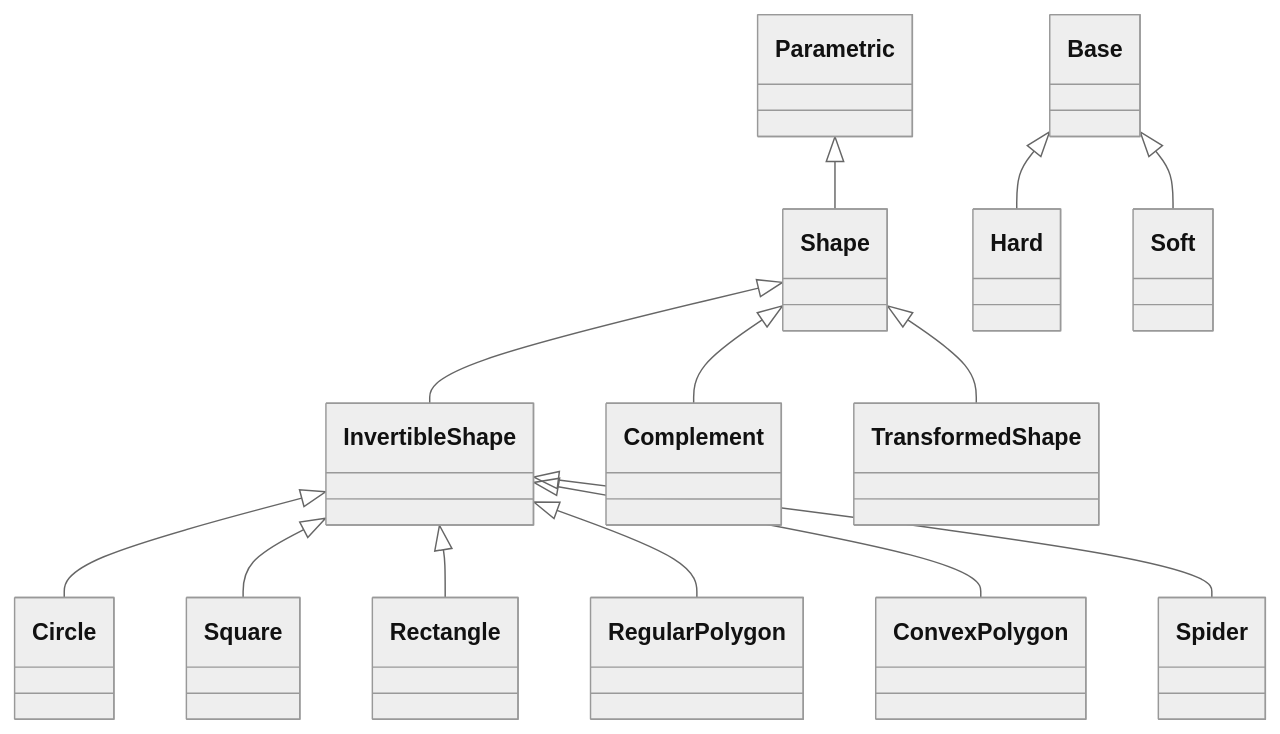
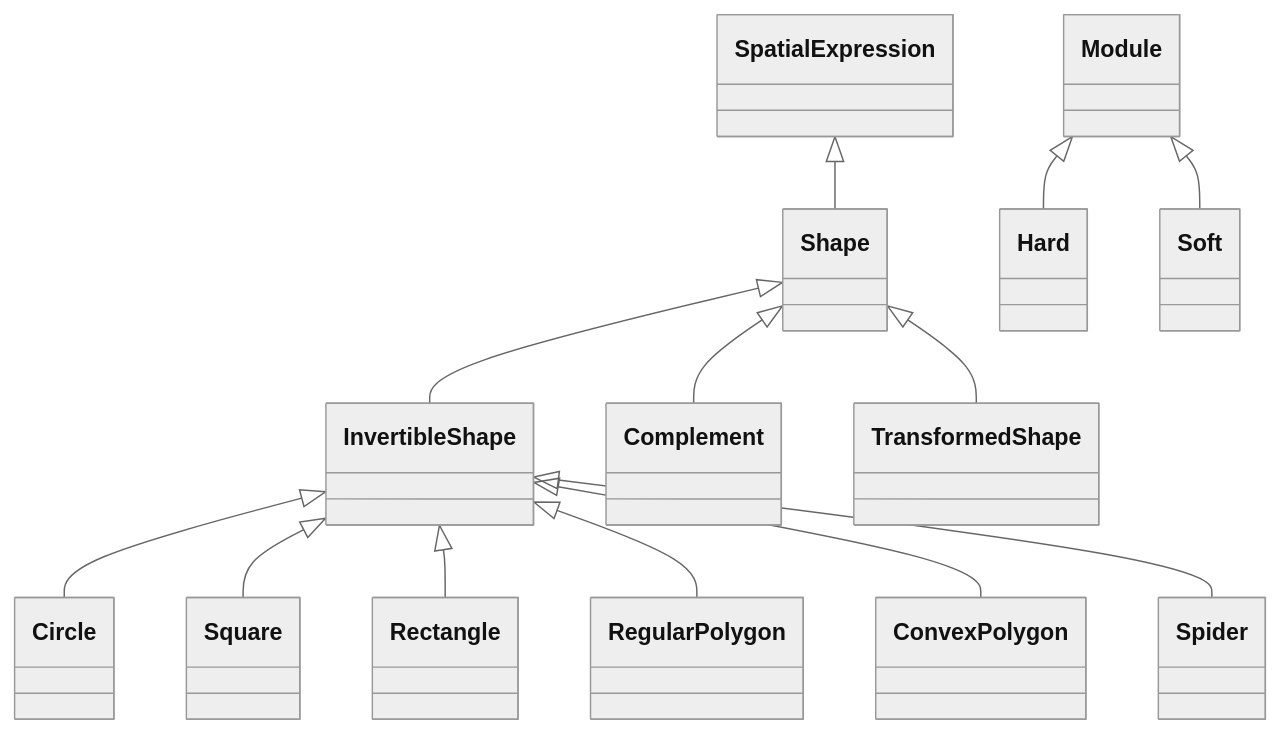
Before and after one commit to LouisDesdoigts/dLux: the diagram in docs/API/core/shapes.md, drawn with Mermaid (neutral theme). The commit also changed 46 other files, not shown here.

First line of the commit message:
Simplify parametric evaluation and spatial basis contracts

````diff
--- a/docs/API/core/shapes.md
+++ b/docs/API/core/shapes.md
@@ -7,41 +7,41 @@
 ```mermaid
 classDiagram
     class dLux_parametric_shapes_Shape["Shape"]
     class dLux_parametric_shapes_InvertibleShape["InvertibleShape"]
     class dLux_parametric_shapes_Hard["Hard"]
     class dLux_parametric_shapes_Soft["Soft"]
     class dLux_parametric_shapes_Circle["Circle"]
     class dLux_parametric_shapes_Square["Square"]
     class dLux_parametric_shapes_Rectangle["Rectangle"]
     class dLux_parametric_shapes_RegularPolygon["RegularPolygon"]
     class dLux_parametric_shapes_ConvexPolygon["ConvexPolygon"]
     class dLux_parametric_shapes_Spider["Spider"]
     class dLux_parametric_shapes_Complement["Complement"]
     class dLux_parametric_shapes_TransformedShape["TransformedShape"]
-    class dLux_base_Base["Base"]
-    class dLux_parametric_parametrics_Parametric["Parametric"]
-    dLux_parametric_parametrics_Parametric <|-- dLux_parametric_shapes_Shape
+    class dLux_parametric_parametrics_SpatialExpression["SpatialExpression"]
+    class zodiax_module_Module["Module"]
+    dLux_parametric_parametrics_SpatialExpression <|-- dLux_parametric_shapes_Shape
     click dLux_parametric_shapes_Shape href "#dLux.parametric.shapes.Shape" "Properties: extent"
     dLux_parametric_shapes_Shape <|-- dLux_parametric_shapes_InvertibleShape
     click dLux_parametric_shapes_InvertibleShape href "#dLux.parametric.shapes.InvertibleShape" "Attributes: edge, invert · Methods: evaluate(), evaluate_hard(), evaluate_soft()"
-    dLux_base_Base <|-- dLux_parametric_shapes_Hard
+    zodiax_module_Module <|-- dLux_parametric_shapes_Hard
     click dLux_parametric_shapes_Hard href "#dLux.parametric.shapes.Hard" "No direct public attributes or methods"
-    dLux_base_Base <|-- dLux_parametric_shapes_Soft
+    zodiax_module_Module <|-- dLux_parametric_shapes_Soft
     click dLux_parametric_shapes_Soft href "#dLux.parametric.shapes.Soft" "Attributes: pixels · Methods: clip()"
     dLux_parametric_shapes_InvertibleShape <|-- dLux_parametric_shapes_Circle
     click dLux_parametric_shapes_Circle href "#dLux.parametric.shapes.Circle" "Attributes: diameter · Properties: extent · Methods: evaluate_hard(), evaluate_soft()"
     dLux_parametric_shapes_InvertibleShape <|-- dLux_parametric_shapes_Square
     click dLux_parametric_shapes_Square href "#dLux.parametric.shapes.Square" "Attributes: width · Properties: extent · Methods: evaluate_hard(), evaluate_soft()"
     dLux_parametric_shapes_InvertibleShape <|-- dLux_parametric_shapes_Rectangle
     click dLux_parametric_shapes_Rectangle href "#dLux.parametric.shapes.Rectangle" "Attributes: width, height · Properties: extent · Methods: evaluate_hard(), evaluate_soft()"
     dLux_parametric_shapes_InvertibleShape <|-- dLux_parametric_shapes_RegularPolygon
     click dLux_parametric_shapes_RegularPolygon href "#dLux.parametric.shapes.RegularPolygon" "Attributes: diameter, nsides · Properties: extent · Methods: evaluate_hard(), evaluate_soft()"
     dLux_parametric_shapes_InvertibleShape <|-- dLux_parametric_shapes_ConvexPolygon
     click dLux_parametric_shapes_ConvexPolygon href "#dLux.parametric.shapes.ConvexPolygon" "Attributes: vertices · Properties: extent · Methods: evaluate_hard(), evaluate_soft(), validate()"
     dLux_parametric_shapes_InvertibleShape <|-- dLux_parametric_shapes_Spider
     click dLux_parametric_shapes_Spider href "#dLux.parametric.shapes.Spider" "Attributes: width, angles · Methods: evaluate_hard(), evaluate_soft()"
     dLux_parametric_shapes_Shape <|-- dLux_parametric_shapes_Complement
     click dLux_parametric_shapes_Complement href "#dLux.parametric.shapes.Complement" "Attributes: shape · Properties: extent · Methods: evaluate()"
     dLux_parametric_shapes_Shape <|-- dLux_parametric_shapes_TransformedShape
     click dLux_parametric_shapes_TransformedShape href "#dLux.parametric.shapes.TransformedShape" "Attributes: shape, transformation · Properties: extent · Methods: evaluate()"
 ```
````
